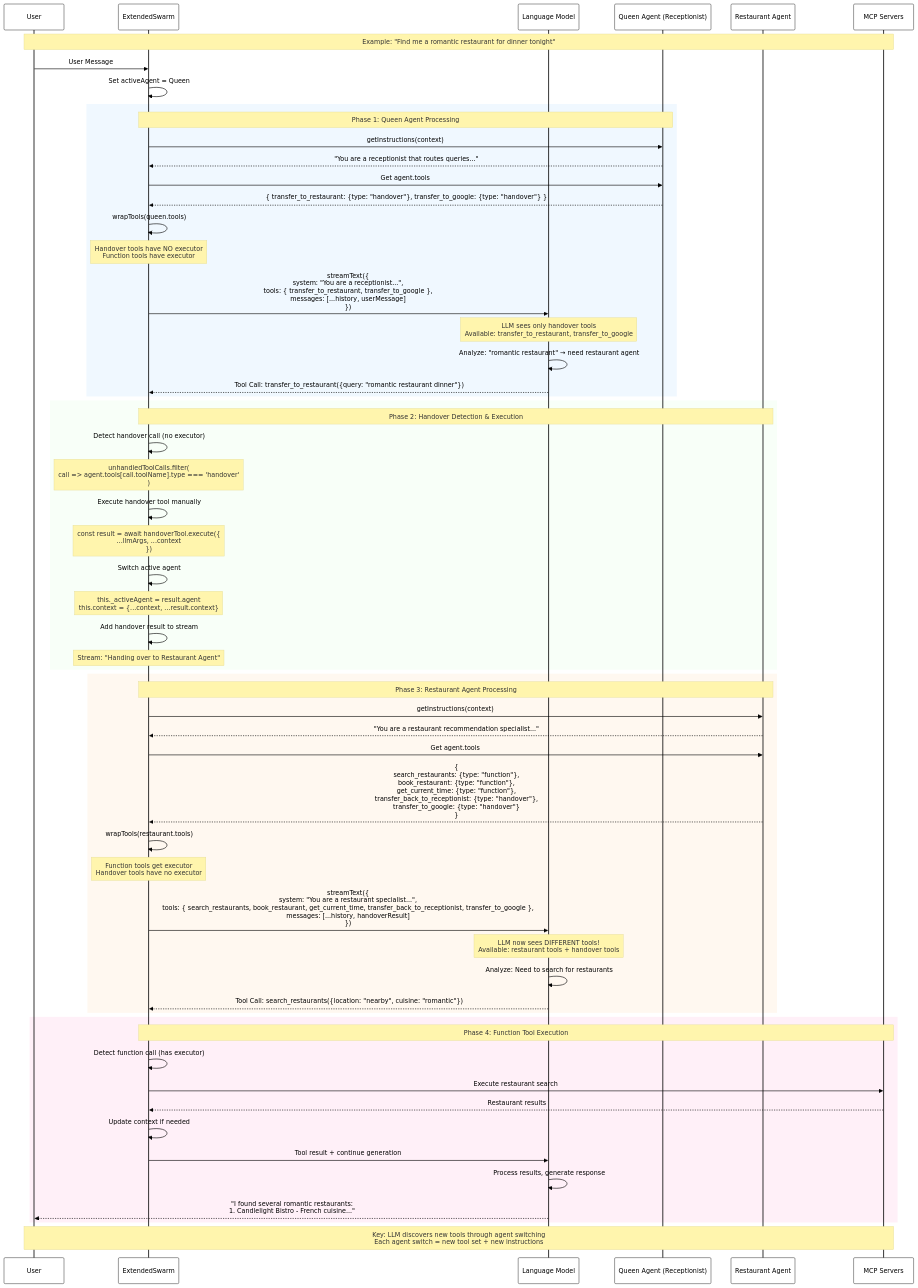
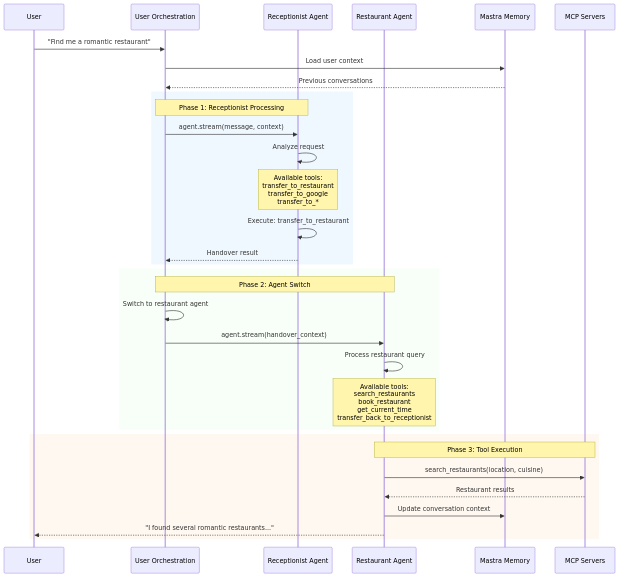
One commit to samwang0723/agent-swarm changed the second of 2 diagrams in src/features/agents/README.md. Above: the diagram before and after it, drawn with Mermaid. The commit also changed other lines of this file and 51 other files, not shown here.

````diff
--- a/src/features/agents/README.md
+++ b/src/features/agents/README.md
@@ -185,96 +82,38 @@
 ```mermaid
-%%{init: {
-  'theme': 'base',
-  'themeVariables': {
-    'primaryColor': '#ffffff',
-    'primaryTextColor': '#000000',
-    'primaryBorderColor': '#000000',
-    'lineColor': '#000000',
-    'secondaryColor': '#f8f9fa',
-    'tertiaryColor': '#ffffff',
-    'background': '#ffffff',
-    'mainBkg': '#ffffff',
-    'secondBkg': '#f8f9fa',
-    'tertiaryBkg': '#ffffff'
-  }
-}}%%
 sequenceDiagram
     participant User
-    participant Swarm as ExtendedSwarm
-    participant LLM as Language Model
-    participant Queen as Queen Agent (Receptionist)
+    participant Orchestration as User Orchestration
+    participant Receptionist as Receptionist Agent
     participant Restaurant as Restaurant Agent
+    participant Memory as Mastra Memory
     participant MCP as MCP Servers
-    
-    Note over User,MCP: Example: "Find me a romantic restaurant for dinner tonight"
-    
-    User->>Swarm: User Message
-    Swarm->>Swarm: Set activeAgent = Queen
-    
+
+    User->>Orchestration: "Find me a romantic restaurant"
+    Orchestration->>Memory: Load user context
+    Memory-->>Orchestration: Previous conversations
+
     rect rgb(240, 248, 255)
-        Note over Swarm,Queen: Phase 1: Queen Agent Processing
-        Swarm->>Queen: getInstructions(context)
-        Queen-->>Swarm: "You are a receptionist that routes queries..."
-        
-        Swarm->>Queen: Get agent.tools
-        Queen-->>Swarm: { transfer_to_restaurant: {type: "handover"}, transfer_to_google: {type: "handover"} }
-        
-        Swarm->>Swarm: wrapTools(queen.tools)
-        Note over Swarm: Handover tools have NO executor<br/>Function tools have executor
-        
-        Swarm->>LLM: streamText({<br/>  system: "You are a receptionist...",<br/>  tools: { transfer_to_restaurant, transfer_to_google },<br/>  messages: [...history, userMessage]<br/>})
-        
-        Note over LLM: LLM sees only handover tools<br/>Available: transfer_to_restaurant, transfer_to_google
-        
-        LLM->>LLM: Analyze: "romantic restaurant" → need restaurant agent
-        LLM-->>Swarm: Tool Call: transfer_to_restaurant({query: "romantic restaurant dinner"})
+        Note over Orchestration,Receptionist: Phase 1: Receptionist Processing
+        Orchestration->>Receptionist: agent.stream(message, context)
+        Receptionist->>Receptionist: Analyze request
+        Note over Receptionist: Available tools:<br/>transfer_to_restaurant<br/>transfer_to_google<br/>transfer_to_*
+        Receptionist->>Receptionist: Execute: transfer_to_restaurant
+        Receptionist-->>Orchestration: Handover result
     end
-    
+
     rect rgb(248, 255, 248)
-        Note over Swarm,Restaurant: Phase 2: Handover Detection & Execution
-        Swarm->>Swarm: Detect handover call (no executor)
-        Note over Swarm: unhandledToolCalls.filter(<br/>  call => agent.tools[call.toolName].type === 'handover'<br/>)
-        
-        Swarm->>Swarm: Execute handover tool manually
-        Note over Swarm: const result = await handoverTool.execute({<br/>  ...llmArgs, ...context<br/>})
-        
-        Swarm->>Swarm: Switch active agent
-        Note over Swarm: this._activeAgent = result.agent<br/>this.context = {...context, ...result.context}
-        
-        Swarm->>Swarm: Add handover result to stream
-        Note over Swarm: Stream: "Handing over to Restaurant Agent"
+        Note over Orchestration,Restaurant: Phase 2: Agent Switch
+        Orchestration->>Orchestration: Switch to restaurant agent
+        Orchestration->>Restaurant: agent.stream(handover_context)
+        Restaurant->>Restaurant: Process restaurant query
+        Note over Restaurant: Available tools:<br/>search_restaurants<br/>book_restaurant<br/>get_current_time<br/>transfer_back_to_receptionist
     end
-    
+
     rect rgb(255, 248, 240)
-        Note over Swarm,Restaurant: Phase 3: Restaurant Agent Processing
-        Swarm->>Restaurant: getInstructions(context)
-        Restaurant-->>Swarm: "You are a restaurant recommendation specialist..."
-        
-        Swarm->>Restaurant: Get agent.tools
-        Restaurant-->>Swarm: {<br/>  search_restaurants: {type: "function"},<br/>  book_restaurant: {type: "function"},<br/>  get_current_time: {type: "function"},<br/>  transfer_back_to_receptionist: {type: "handover"},<br/>  transfer_to_google: {type: "handover"}<br/>}
-        
-        Swarm->>Swarm: wrapTools(restaurant.tools)
-        Note over Swarm: Function tools get executor<br/>Handover tools have no executor
-        
-        Swarm->>LLM: streamText({<br/>  system: "You are a restaurant specialist...",<br/>  tools: { search_restaurants, book_restaurant, get_current_time, transfer_back_to_receptionist, transfer_to_google },<br/>  messages: [...history, handoverResult]<br/>})
-        
-        Note over LLM: LLM now sees DIFFERENT tools!<br/>Available: restaurant tools + handover tools
-        
-        LLM->>LLM: Analyze: Need to search for restaurants
-        LLM-->>Swarm: Tool Call: search_restaurants({location: "nearby", cuisine: "romantic"})
+        Note over Restaurant,MCP: Phase 3: Tool Execution
+        Restaurant->>MCP: search_restaurants(location, cuisine)
+        MCP-->>Restaurant: Restaurant results
+        Restaurant->>Memory: Update conversation context
+        Restaurant-->>User: "I found several romantic restaurants..."
     end
-    
-    rect rgb(255, 240, 248)
-        Note over Swarm,MCP: Phase 4: Function Tool Execution
-        Swarm->>Swarm: Detect function call (has executor)
-        Swarm->>MCP: Execute restaurant search
-        MCP-->>Swarm: Restaurant results
-        Swarm->>Swarm: Update context if needed
-        Swarm->>LLM: Tool result + continue generation
-        
-        LLM->>LLM: Process results, generate response
-        LLM-->>User: "I found several romantic restaurants:<br/>1. Candlelight Bistro - French cuisine..."
-    end
-    
-    Note over User,MCP: Key: LLM discovers new tools through agent switching<br/>Each agent switch = new tool set + new instructions
 ```
````
